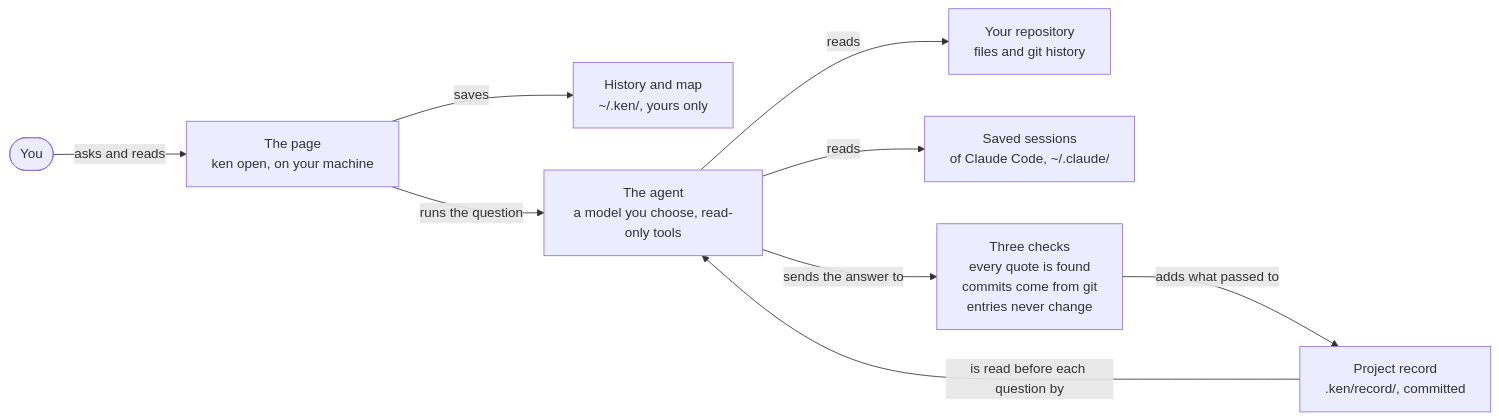
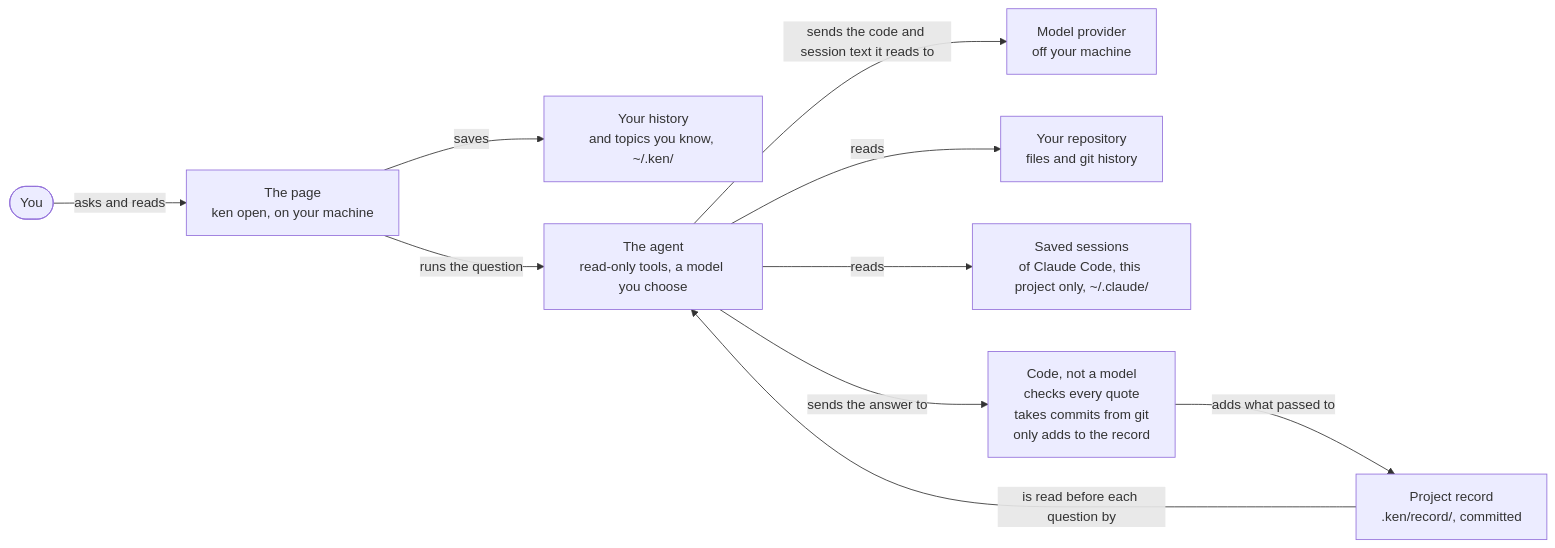
The diagram in README.md (krimvp/ken), drawn with Mermaid before and after one commit. The commit also changed other lines of this file and 10 other files, not shown here.

First line of the commit message:
docs: the public page says ken lost the risk count, shows the model provider, and narrows its lead

````diff
--- a/README.md
+++ b/README.md
@@ -30,19 +30,21 @@
 ```mermaid
 flowchart LR
   reader(["You"])
   page["The page<br/>ken open, on your machine"]
-  history["History and map<br/>~/.ken/, yours only"]
-  agent["The agent<br/>a model you choose, read-only tools"]
+  history["Your history<br/>and topics you know, ~/.ken/"]
+  agent["The agent<br/>read-only tools, a model you choose"]
+  provider["Model provider<br/>off your machine"]
   repo["Your repository<br/>files and git history"]
-  sessions["Saved sessions<br/>of Claude Code, ~/.claude/"]
-  checks["Three checks<br/>every quote is found<br/>commits come from git<br/>entries never change"]
+  sessions["Saved sessions<br/>of Claude Code, this project only, ~/.claude/"]
+  checks["Code, not a model<br/>checks every quote<br/>takes commits from git<br/>only adds to the record"]
   record["Project record<br/>.ken/record/, committed"]
   reader -->|asks and reads| page
   page -->|saves| history
   page -->|runs the question| agent
+  agent -->|sends the code and session text it reads to| provider
   agent -->|reads| repo
   agent -->|reads| sessions
   agent -->|sends the answer to| checks
   checks -->|adds what passed to| record
   record -->|is read before each question by| agent
 ```
````
